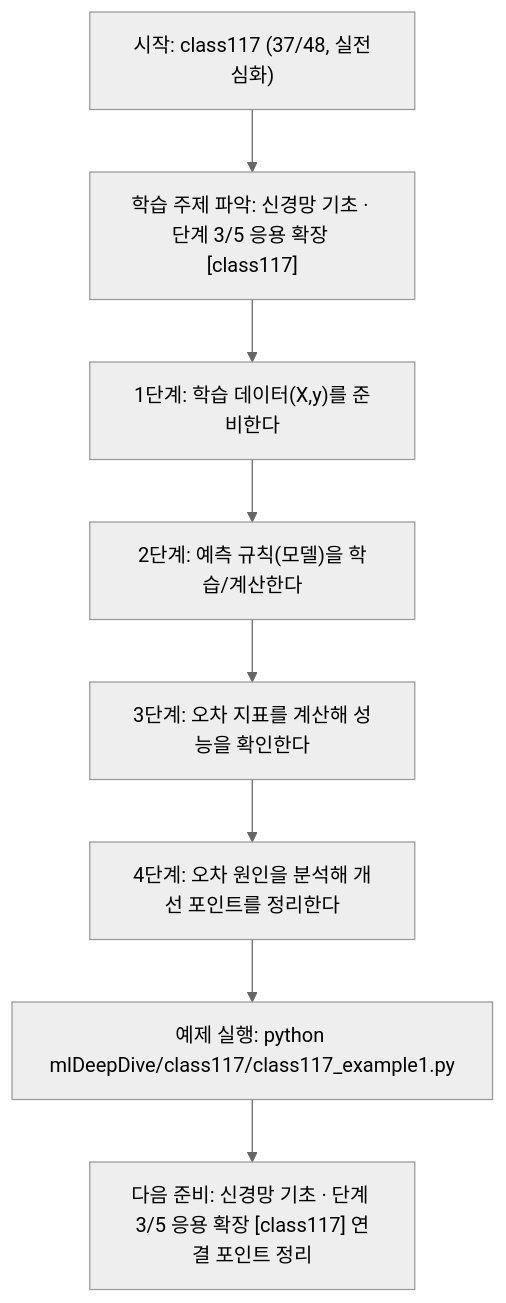
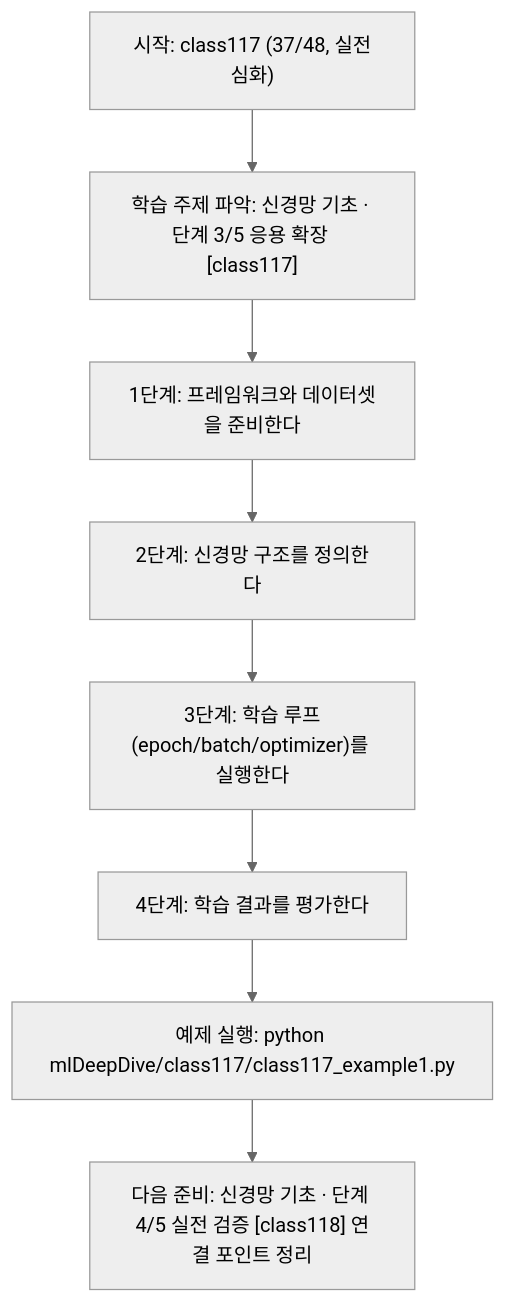
Before and after one commit to edumgt/Python-AI_Agent-Class: the diagram in mlDeepDive/class117/class117.md, drawn with Mermaid (neutral theme). The commit also changed other lines of this file and 338 other files, not shown here.

````diff
--- a/mlDeepDive/class117/class117.md
+++ b/mlDeepDive/class117/class117.md
@@ -109,18 +91,18 @@
 ```mermaid
 flowchart TD
 N1["시작: class117 (37/48, 실전심화)"]
 N2["학습 주제 파악: 신경망 기초 · 단계 3/5 응용 확장 [class117]"]
-N3["1단계: 학습 데이터(X,y)를 준비한다"]
-N4["2단계: 예측 규칙(모델)을 학습/계산한다"]
-N5["3단계: 오차 지표를 계산해 성능을 확인한다"]
-N6["4단계: 오차 원인을 분석해 개선 포인트를 정리한다"]
+N3["1단계: 프레임워크와 데이터셋을 준비한다"]
+N4["2단계: 신경망 구조를 정의한다"]
+N5["3단계: 학습 루프(epoch/batch/optimizer)를 실행한다"]
+N6["4단계: 학습 결과를 평가한다"]
 N7["예제 실행: python mlDeepDive/class117/class117_example1.py"]
-N8["다음 준비: 신경망 기초 · 단계 3/5 응용 확장 [class117] 연결 포인트 정리"]
+N8["다음 준비: 신경망 기초 · 단계 4/5 실전 검증 [class118] 연결 포인트 정리"]
 N1 --> N2
 N2 --> N3
 N3 --> N4
 N4 --> N5
 N5 --> N6
 N6 --> N7
 N7 --> N8
 ```
````
